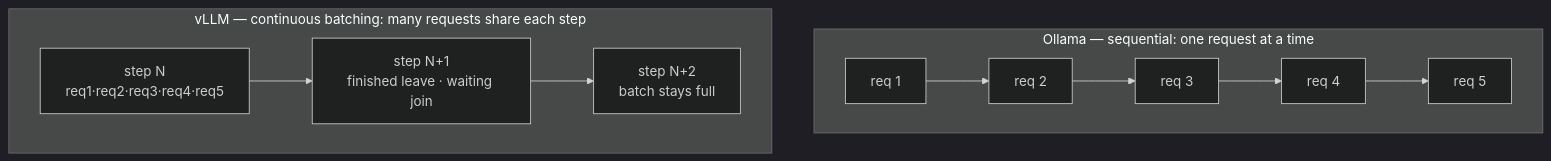
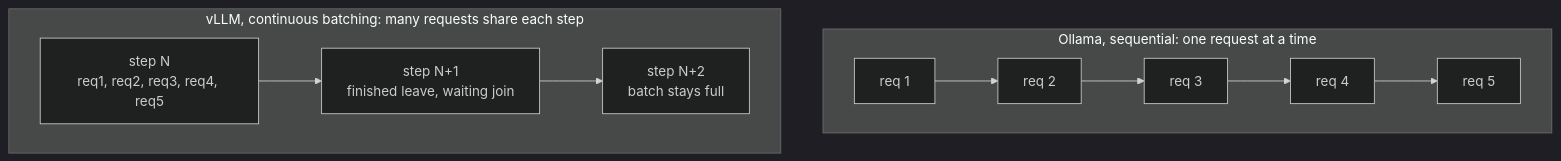
Before and after one commit to kukjun/blog: the first of 3 diagrams in src/content/blog/en/ollama-to-vllm.md, drawn with Mermaid (dark theme). The commit also changed other lines of this file and 10 other files, not shown here.

````diff
--- a/src/content/blog/en/ollama-to-vllm.md
+++ b/src/content/blog/en/ollama-to-vllm.md
@@ -77,11 +66,11 @@
 ```mermaid
 flowchart TB
-  subgraph seq["Ollama — sequential: one request at a time"]
+  subgraph seq["Ollama, sequential: one request at a time"]
     direction LR
     r1["req 1"] --> r2["req 2"] --> r3["req 3"] --> r4["req 4"] --> r5["req 5"]
   end
-  subgraph cont["vLLM — continuous batching: many requests share each step"]
+  subgraph cont["vLLM, continuous batching: many requests share each step"]
     direction LR
-    s1["step N<br/>req1·req2·req3·req4·req5"] --> s2["step N+1<br/>finished leave · waiting join"] --> s3["step N+2<br/>batch stays full"]
+    s1["step N<br/>req1, req2, req3, req4, req5"] --> s2["step N+1<br/>finished leave, waiting join"] --> s3["step N+2<br/>batch stays full"]
   end
 ```
````
